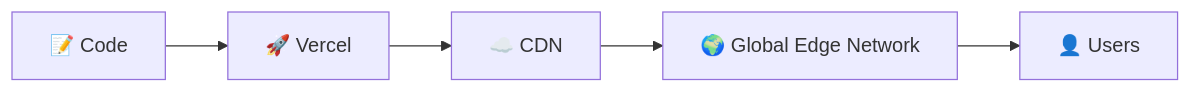
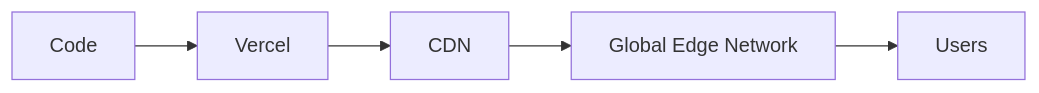
Before and after one commit to amkyawdev/code-agent: the eighth of 8 diagrams in README.md, drawn with Mermaid. The commit also changed other lines of this file, not shown here.

Commit message:
Fix: Mermaid diagrams - remove emojis for GitHub rendering

````diff
--- a/README.md
+++ b/README.md
@@ -330,7 +326,7 @@
 ```mermaid
 graph LR
-    A[📝 Code] --> B[🚀 Vercel]
-    B --> C[☁️ CDN]
-    C --> D[🌍 Global Edge Network]
-    D --> E[👤 Users]
+    A[Code] --> B[Vercel]
+    B --> C[CDN]
+    C --> D[Global Edge Network]
+    D --> E[Users]
 ```
````
